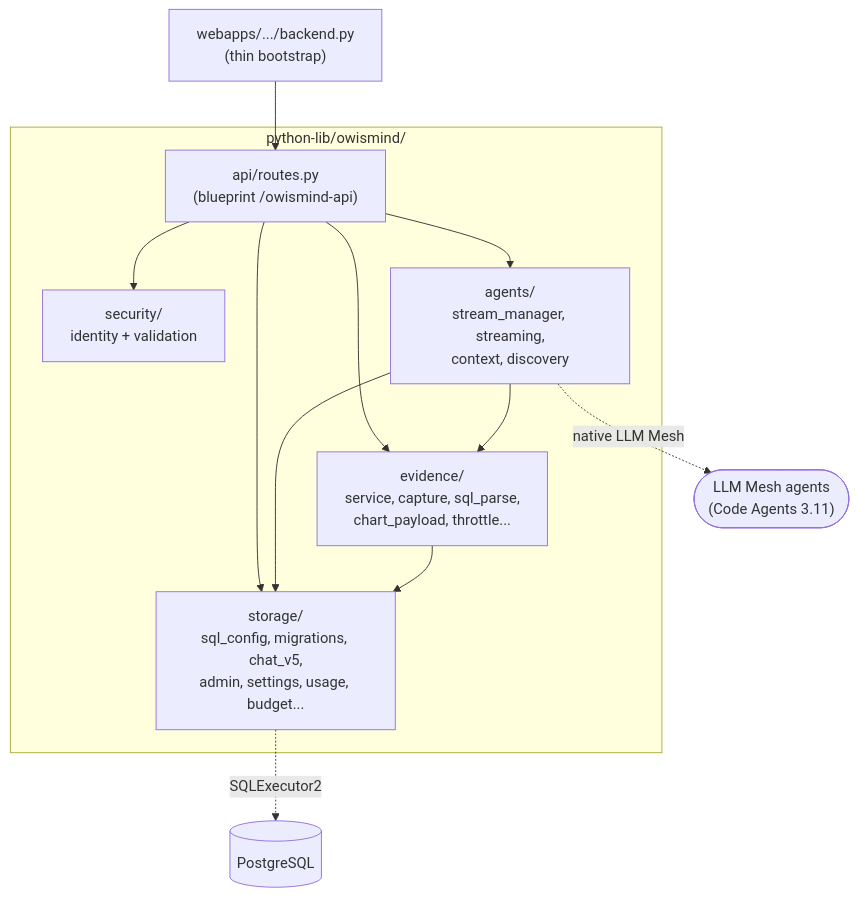
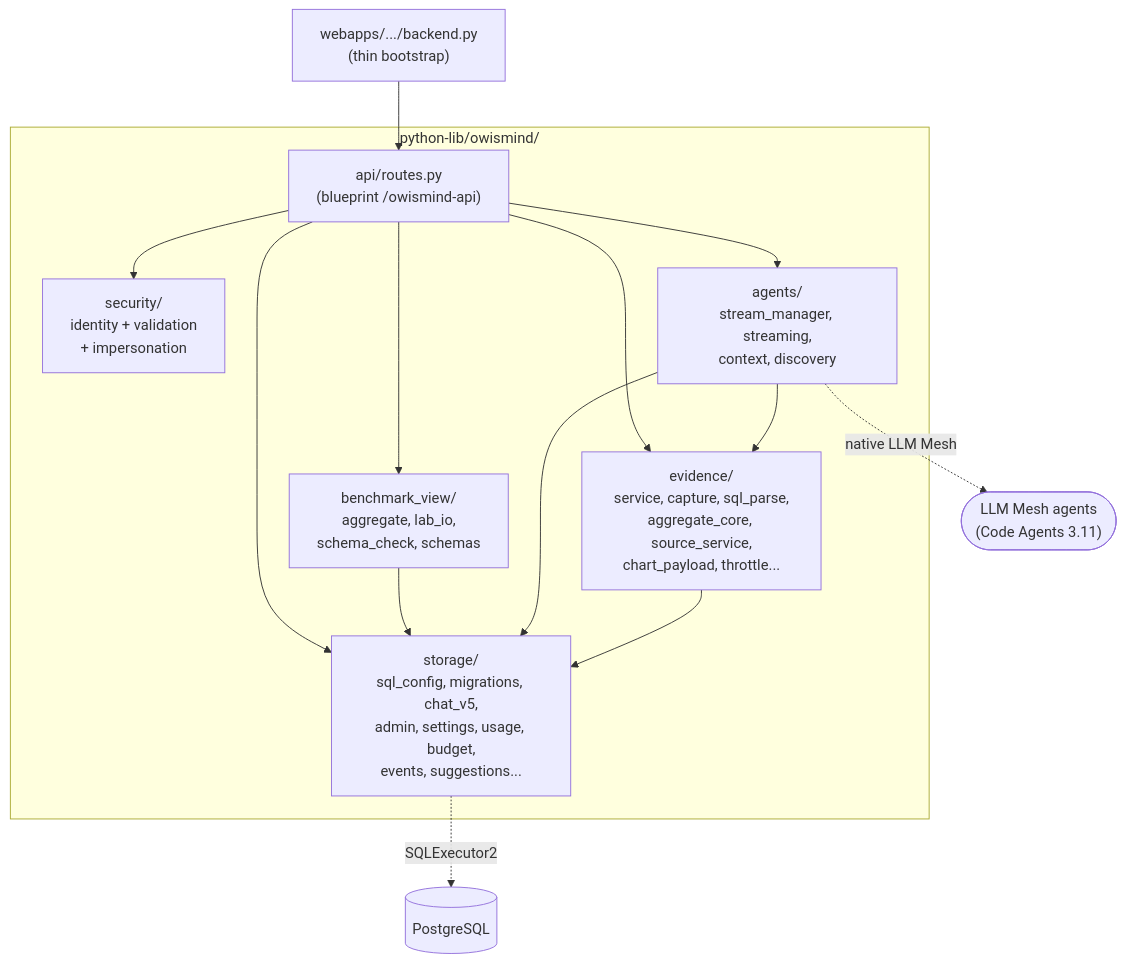
Before and after one commit to SAIDCHAOUI/owismind-system: the diagram in project-documentation/04-backend/01-overview-and-structure.md, drawn with Mermaid. The commit also changed other lines of this file and 55 other files, not shown here.

````diff
--- a/project-documentation/04-backend/01-overview-and-structure.md
+++ b/project-documentation/04-backend/01-overview-and-structure.md
@@ -82,20 +85,23 @@
 ```mermaid
 flowchart TD
     BOOT["webapps/.../backend.py<br/>(thin bootstrap)"] --> API
     subgraph PKG["python-lib/owismind/"]
       API["api/routes.py<br/>(blueprint /owismind-api)"]
-      SEC["security/<br/>identity + validation"]
+      SEC["security/<br/>identity + validation<br/>+ impersonation"]
       AG["agents/<br/>stream_manager, streaming,<br/>context, discovery"]
-      EV["evidence/<br/>service, capture, sql_parse,<br/>chart_payload, throttle..."]
-      ST["storage/<br/>sql_config, migrations, chat_v5,<br/>admin, settings, usage, budget..."]
+      EV["evidence/<br/>service, capture, sql_parse,<br/>aggregate_core, source_service,<br/>chart_payload, throttle..."]
+      ST["storage/<br/>sql_config, migrations, chat_v5,<br/>admin, settings, usage, budget,<br/>events, suggestions..."]
+      BV["benchmark_view/<br/>aggregate, lab_io,<br/>schema_check, schemas"]
     end
     API --> SEC
     API --> AG
     API --> EV
     API --> ST
+    API --> BV
+    BV --> ST
     AG --> ST
     AG --> EV
     EV --> ST
     AG -. native LLM Mesh .-> MESH(["LLM Mesh agents<br/>(Code Agents 3.11)"])
     ST -. SQLExecutor2 .-> PG[("PostgreSQL")]
 ```
````
